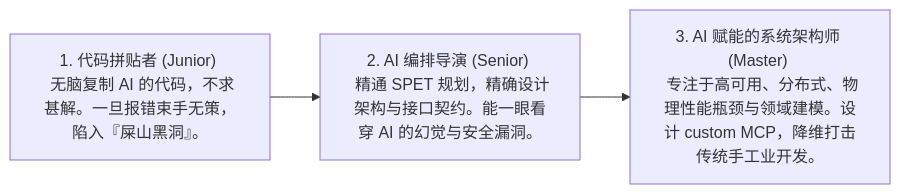
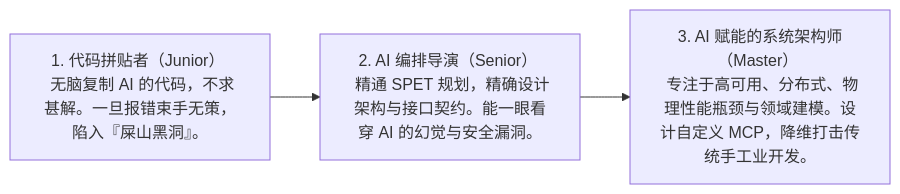
The diagram in docs/growth.md (ruanqizhen/cocode), drawn with Mermaid before and after one commit. The commit also changed other lines of this file and 21 other files, not shown here.

````diff
--- a/docs/growth.md
+++ b/docs/growth.md
@@ -38,5 +38,5 @@
 ```mermaid
 graph LR
-    Paster["1. 代码拼贴者 (Junior) <br> 无脑复制 AI 的代码，不求甚解。一旦报错束手无策，陷入『屎山黑洞』。"] --> Director["2. AI 编排导演 (Senior) <br> 精通 SPET 规划，精确设计架构与接口契约。能一眼看穿 AI 的幻觉与安全漏洞。"]
-    Director --> Architect["3. AI 赋能的系统架构师 (Master) <br> 专注于高可用、分布式、物理性能瓶颈与领域建模。设计 custom MCP，降维打击传统手工业开发。"]
+    Paster["1. 代码拼贴者（Junior） <br> 无脑复制 AI 的代码，不求甚解。一旦报错束手无策，陷入『屎山黑洞』。"] --> Director["2. AI 编排导演（Senior） <br> 精通 SPET 规划，精确设计架构与接口契约。能一眼看穿 AI 的幻觉与安全漏洞。"]
+    Director --> Architect["3. AI 赋能的系统架构师（Master） <br> 专注于高可用、分布式、物理性能瓶颈与领域建模。设计自定义 MCP，降维打击传统手工业开发。"]
 ```
````
